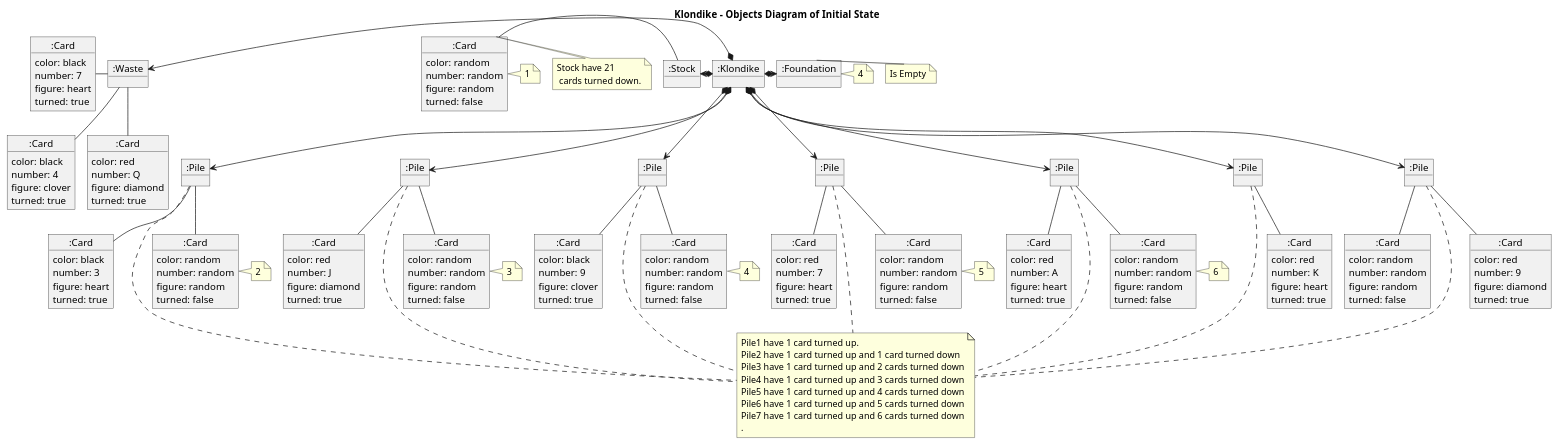
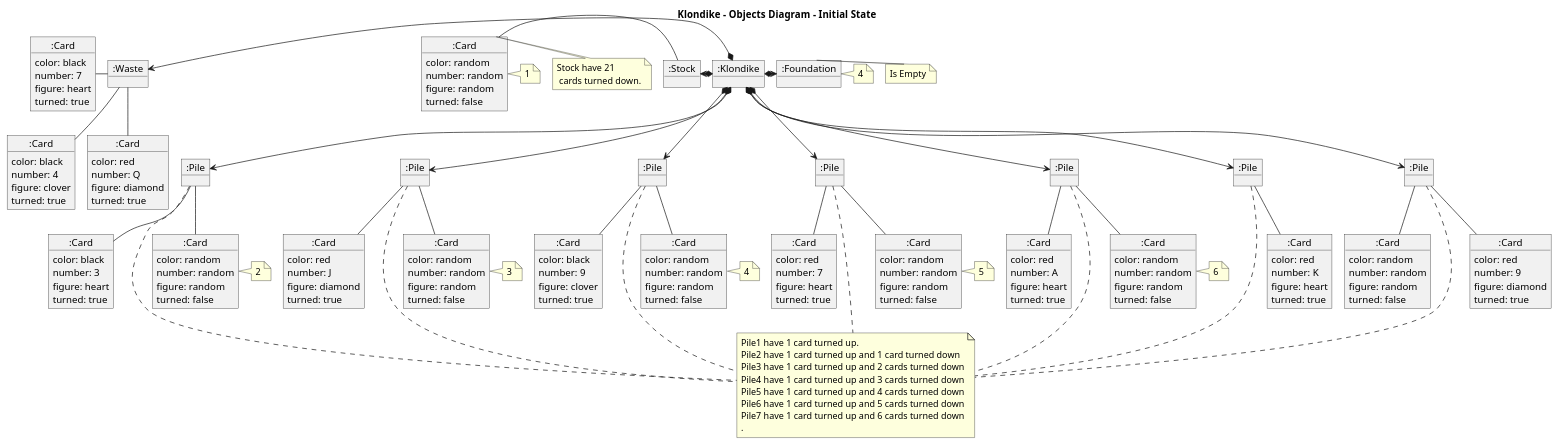
One commit to AngelOS95P/Maestria_IngSoftware_grupo6 changed the diagram in 1 Modelo de Dominio/02_Diagrama de objetos estado inicial.plantuml. Above: the diagram before and after it, drawn with PlantUML. The commit also changed 11 other files, not shown here.

```diff
--- a/1 Modelo de Dominio/02_Diagrama de objetos estado inicial.plantuml
+++ b/1 Modelo de Dominio/02_Diagrama de objetos estado inicial.plantuml
@@ -1,200 +1,200 @@
 @startuml ObjectDiagramInitialState
-title Klondike  - Objects Diagram of Initial State
+title Klondike  - Objects Diagram - Initial State
 !pragma layout smetana
 
 object ":Klondike" as Klondike
 object ":Waste" as Waste
 object ":Stock" as Stock
 object ":Pile" as Pile3
 object ":Pile" as Pile4
 object ":Pile" as Pile5
 object ":Pile" as Pile6
 object ":Pile" as Pile7
 object ":Pile" as Pile8
 object ":Pile" as Pile9
 object ":Foundation" as Foundation
 
 object ":Card" as Card1 {
     color: random
     number: random
     figure: random
     turned: false
 }
 
 object ":Card" as Card21 {
     color: black
     number: 7
     figure: heart
     turned: true
 }
 
 object ":Card" as Card22 {
     color: black
     number: 4
     figure: clover
     turned: true
 }
 
 object ":Card" as Card23 {
     color: red
     number: Q
     figure: diamond
     turned: true
 }
 
 object ":Card" as Card3 {
     color: red
     number: K
     figure: heart
     turned: true
 }
 
 object ":Card" as Card4 {
     color: red
     number: 9
     figure: diamond
     turned: true
 }
 
 object ":Card" as Card41 {
     color: random
     number: random
     figure: random
     turned: false
 }
 
 object ":Card" as Card5 {
     color: black
     number: 3
     figure: heart
     turned: true
 }
 
 object ":Card" as Card51 {
     color: random
     number: random
     figure: random
     turned: false
 }
 
 object ":Card" as Card6 {
     color: red
     number: J
     figure: diamond
     turned: true
 }
 
 object ":Card" as Card61 {
     color: random
     number: random
     figure: random
     turned: false
 }
 
 object ":Card" as Card7 {
     color: black
     number: 9
     figure: clover
     turned: true
 }
 
 object ":Card" as Card71 {
     color: random
     number: random
     figure: random
     turned: false
 }
 
 object ":Card" as Card8 {
     color: red
     number: 7
     figure: heart
     turned: true
 }
 
 object ":Card" as Card81 {
     color: random
     number: random
     figure: random
     turned: false
 }
 
 object ":Card" as Card9 {
     color: red
     number: A
     figure: heart
     turned: true
 }
 
 object ":Card" as Card91 {
     color: random
     number: random
     figure: random
     turned: false
 }
 
 Klondike *-right-> Foundation
 Klondike *-left-> Stock
 Klondike *-left-> Waste
 note  "Is Empty" as FNote
 note "4" as FNNote
 Foundation .right FNote
 Foundation . FNNote
 Klondike *--> Pile3
 Klondike *--> Pile4
 Klondike *--> Pile5
 Klondike *--> Pile6
 Klondike *--> Pile7
 Klondike *--> Pile8
 Klondike *--> Pile9
 
 Stock -left- Card1
 note "Stock have 21\n cards turned down." as C1N
 Card1 . C1N
 
 Waste -left- Card21
 Waste -- Card22
 Waste -- Card23
 
 Pile3 -down-  Card3
 
 Pile4 --  Card4
 Pile4 --  Card41
 note "1" as C4N
 Card1 . C4N
 
 Pile5 --  Card5
 Pile5 --  Card51
 note "2" as C5N
 Card51 . C5N
 
 Pile6 --  Card6
 Pile6 --  Card61
 note "3" as C6N
 Card61 . C6N
 
 Pile7 --  Card7
 Pile7 --  Card71
 note "4" as C7N
 Card71 . C7N
 
 Pile8 --  Card8
 Pile8 --  Card81
 note "5" as C8N
 Card81 . C8N
 
 Pile9 --  Card9
 Pile9 --  Card91
 note "6" as C9N
 Card91 . C9N
 
 note "Pile1 have 1 card turned up.\nPile2 have 1 card turned up and 1 card turned down\nPile3 have 1 card turned up and 2 cards turned down\nPile4 have 1 card turned up and 3 cards turned down\nPile5 have 1 card turned up and 4 cards turned down\nPile6 have 1 card turned up and 5 cards turned down\nPile7 have 1 card turned up and 6 cards turned down\n." as PNote
 Pile3 ... PNote
 Pile4 ... PNote
 Pile5 ... PNote
 Pile6 ... PNote
 Pile7 ... PNote
 Pile8 ... PNote
 Pile9 ... PNote
 
 @enduml
```
